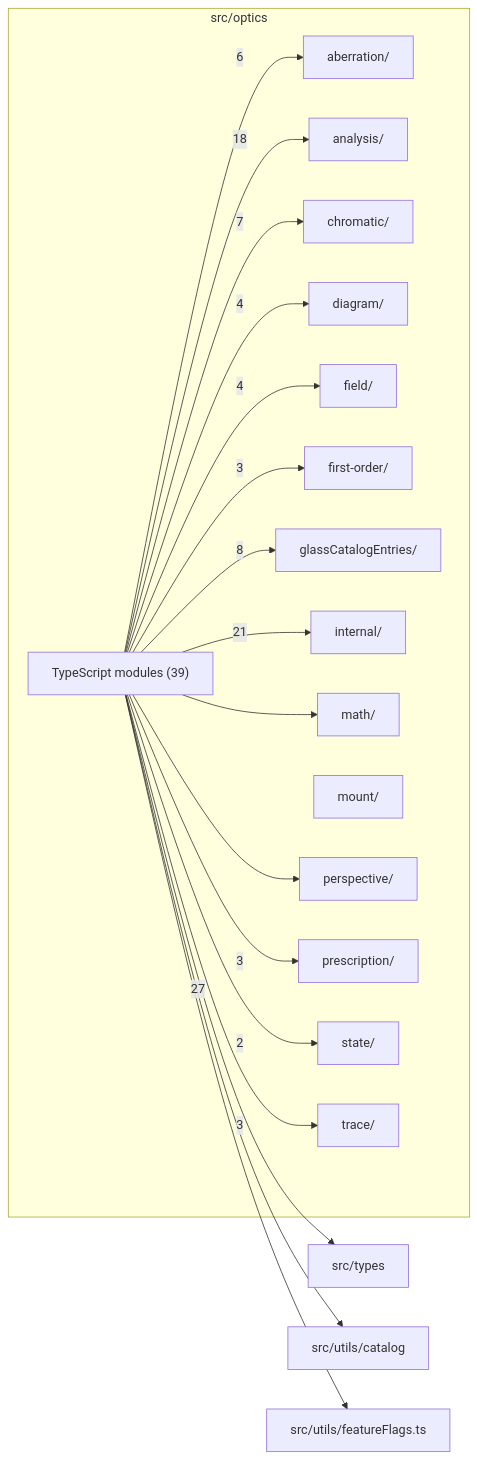
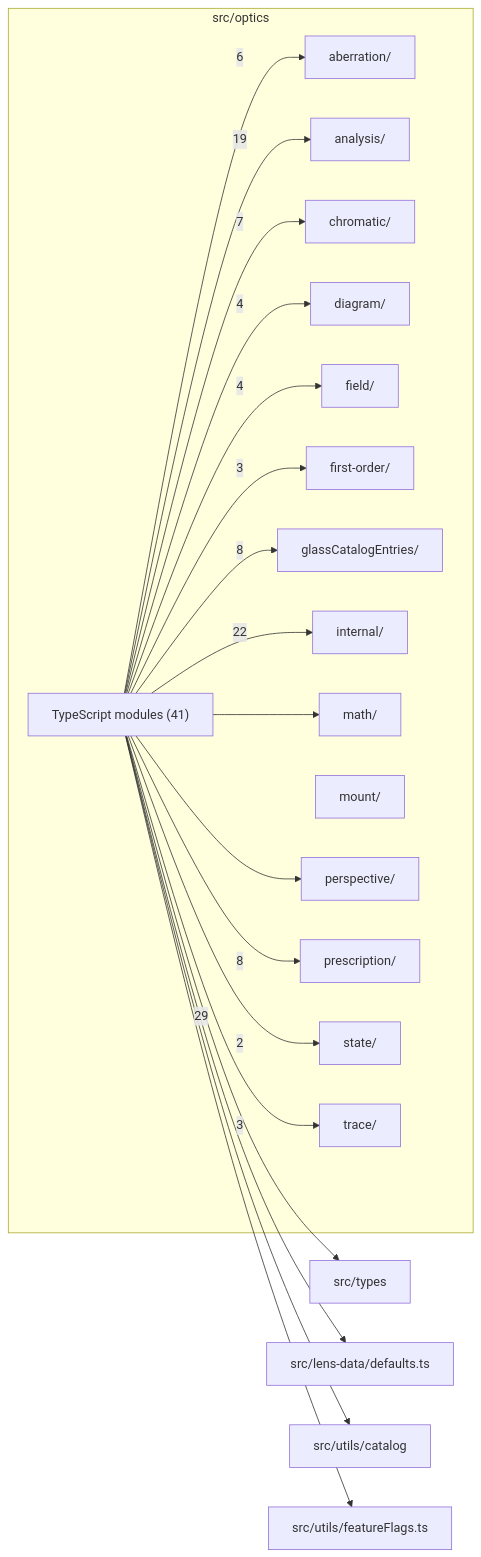
One commit to BeamFour/LensVisualizer changed the diagram in src/optics/readme.md. Above: the diagram before and after it, drawn with Mermaid. The commit also changed other lines of this file and 239 other files, not shown here.

````diff
--- a/src/optics/readme.md
+++ b/src/optics/readme.md
@@ -9,39 +9,41 @@
 ```mermaid
 flowchart LR
   subgraph n_src_optics["src/optics"]
     n_src_optics_src_optics_aberration["aberration/"]
     n_src_optics_src_optics_analysis["analysis/"]
     n_src_optics_src_optics_chromatic["chromatic/"]
     n_src_optics_src_optics_diagram["diagram/"]
     n_src_optics_src_optics_field["field/"]
     n_src_optics_src_optics_first_order["first-order/"]
     n_src_optics_src_optics_glassCatalogEntries["glassCatalogEntries/"]
     n_src_optics_src_optics_internal["internal/"]
     n_src_optics_src_optics_math["math/"]
     n_src_optics_src_optics_mount["mount/"]
     n_src_optics_src_optics_perspective["perspective/"]
     n_src_optics_src_optics_prescription["prescription/"]
     n_src_optics_src_optics_state["state/"]
     n_src_optics_src_optics_trace["trace/"]
-    n_src_optics_TypeScript_modules["TypeScript modules (39)"]
+    n_src_optics_TypeScript_modules["TypeScript modules (41)"]
   end
   n_external_src_types["src/types"]
+  n_external_src_lens_data_defaults_ts["src/lens-data/defaults.ts"]
   n_external_src_utils_catalog["src/utils/catalog"]
   n_external_src_utils_featureFlags_ts["src/utils/featureFlags.ts"]
-  n_src_optics_TypeScript_modules --> |27| n_external_src_types
-  n_src_optics_TypeScript_modules --> |21| n_src_optics_src_optics_internal
-  n_src_optics_TypeScript_modules --> |18| n_src_optics_src_optics_analysis
+  n_src_optics_TypeScript_modules --> |29| n_external_src_types
+  n_src_optics_TypeScript_modules --> |22| n_src_optics_src_optics_internal
+  n_src_optics_TypeScript_modules --> |19| n_src_optics_src_optics_analysis
   n_src_optics_TypeScript_modules --> |8| n_src_optics_src_optics_glassCatalogEntries
+  n_src_optics_TypeScript_modules --> |8| n_src_optics_src_optics_prescription
   n_src_optics_TypeScript_modules --> |7| n_src_optics_src_optics_chromatic
   n_src_optics_TypeScript_modules --> |6| n_src_optics_src_optics_aberration
   n_src_optics_TypeScript_modules --> |4| n_src_optics_src_optics_diagram
   n_src_optics_TypeScript_modules --> |4| n_src_optics_src_optics_field
   n_src_optics_TypeScript_modules --> |3| n_src_optics_src_optics_first_order
-  n_src_optics_TypeScript_modules --> |3| n_src_optics_src_optics_prescription
   n_src_optics_TypeScript_modules --> |3| n_src_optics_src_optics_trace
   n_src_optics_TypeScript_modules --> |2| n_src_optics_src_optics_state
+  n_src_optics_TypeScript_modules --> n_external_src_lens_data_defaults_ts
   n_src_optics_TypeScript_modules --> n_external_src_utils_catalog
   n_src_optics_TypeScript_modules --> n_external_src_utils_featureFlags_ts
   n_src_optics_TypeScript_modules --> n_src_optics_src_optics_math
   n_src_optics_TypeScript_modules --> n_src_optics_src_optics_perspective
 ```
````
